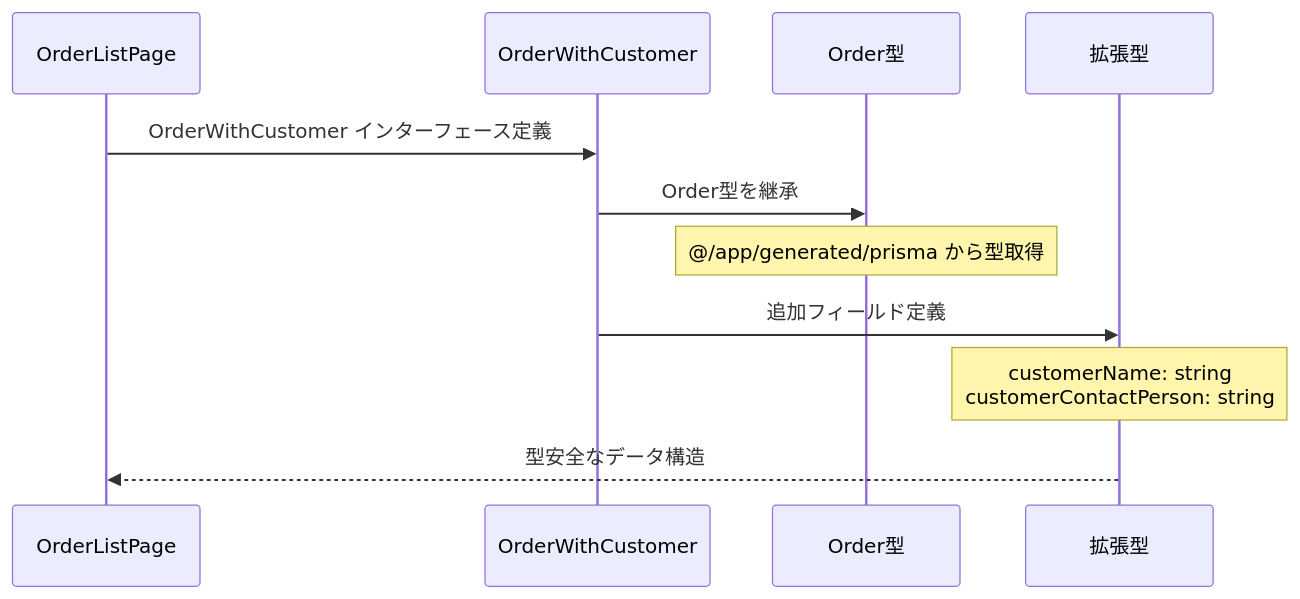
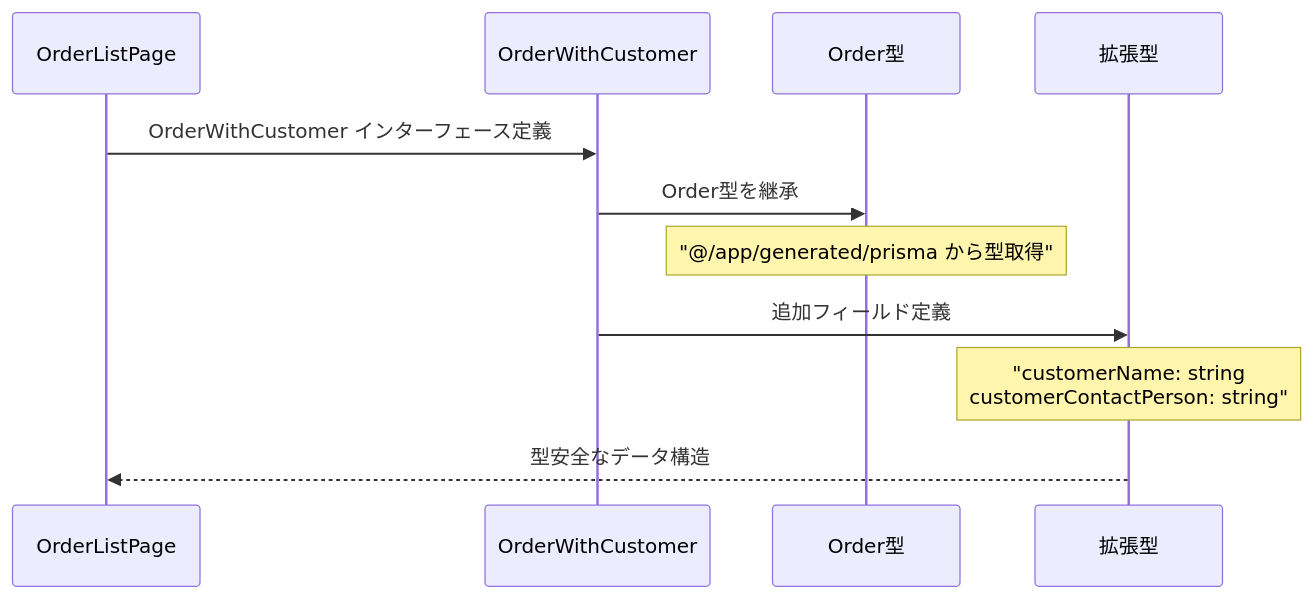
One commit to wasabi49/ocs-systemDevelopmentExercises changed the fourth of 10 diagrams in document/pages/sequence/OrderList.md. Above: the diagram before and after it, drawn with Mermaid. The commit also changed other lines of this file and 42 other files, not shown here.

First line of the commit message:
fix: mermaidシーケンス図のNote over文でダブルクォーテーション不足を修正

````diff
--- a/document/pages/sequence/OrderList.md
+++ b/document/pages/sequence/OrderList.md
@@ -80,16 +80,16 @@
 ```mermaid
 sequenceDiagram
     participant Page as OrderListPage
     participant Interface as OrderWithCustomer
     participant PrismaType as Order型
     participant ExtendedType as 拡張型
 
     Page->>Interface: OrderWithCustomer インターフェース定義
     Interface->>PrismaType: Order型を継承
-    Note over PrismaType: @/app/generated/prisma から型取得
+    Note over PrismaType: "@/app/generated/prisma から型取得"
     
     Interface->>ExtendedType: 追加フィールド定義
-    Note over ExtendedType: customerName: string<br/>customerContactPerson: string
+    Note over ExtendedType: "customerName: string<br/>customerContactPerson: string"
     
     ExtendedType-->>Page: 型安全なデータ構造
 ```
````
